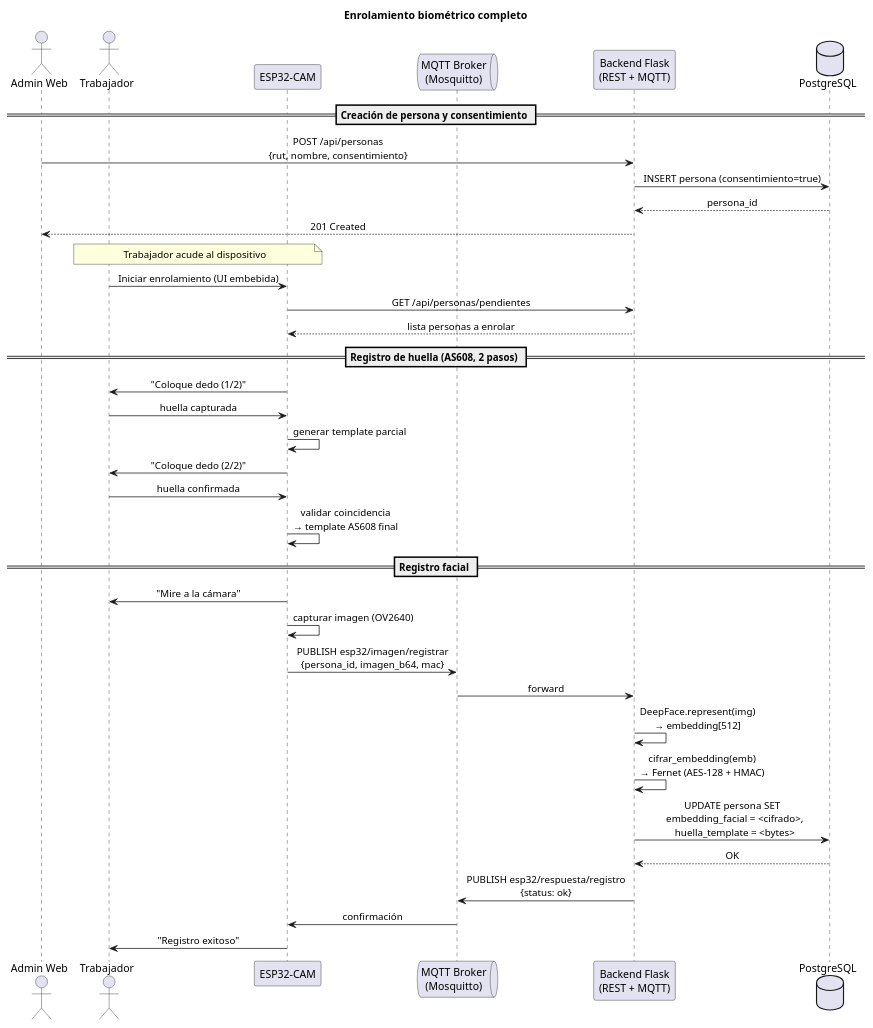
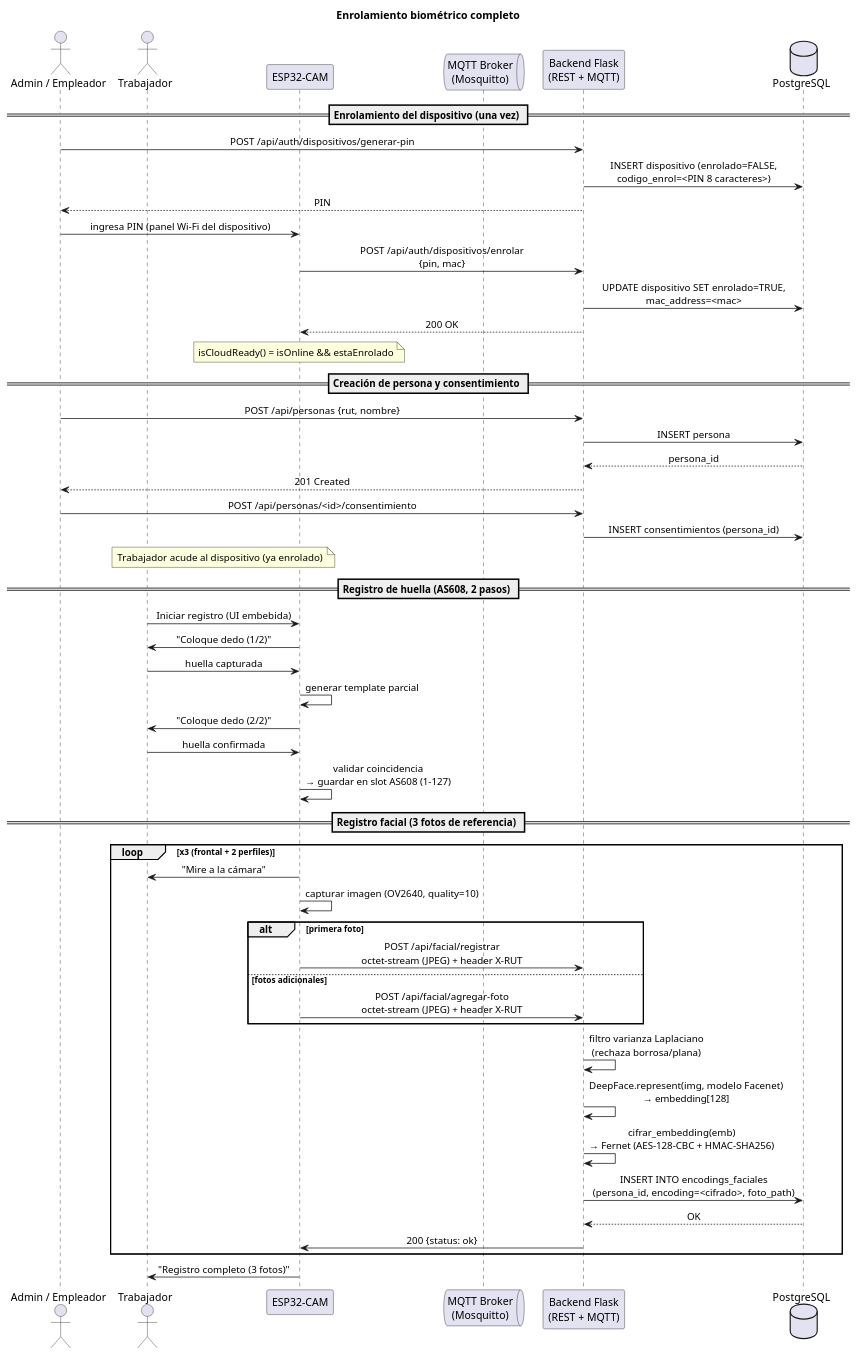
Before and after one commit to BorgTb/AsistenciaBackendFinal: the diagram in Informe/diagrams/01_flujo_enrolamiento_biometrico.puml, drawn with PlantUML. The commit also changed 218 other files, not shown here.

```diff
--- a/Informe/diagrams/01_flujo_enrolamiento_biometrico.puml
+++ b/Informe/diagrams/01_flujo_enrolamiento_biometrico.puml
@@ -1,49 +1,63 @@
 @startuml flujo_enrolamiento_biometrico
 title Enrolamiento biométrico completo
 
 skinparam sequenceMessageAlign center
 skinparam shadowing false
 skinparam ParticipantPadding 15
 skinparam BoxPadding 10
 
-actor "Admin Web" as Admin
+actor "Admin / Empleador" as Admin
 actor "Trabajador" as Worker
 participant "ESP32-CAM" as ESP32
 queue "MQTT Broker\n(Mosquitto)" as MQTT
 participant "Backend Flask\n(REST + MQTT)" as Backend
 database "PostgreSQL" as DB
 
+== Enrolamiento del dispositivo (una vez) ==
+Admin -> Backend : POST /api/auth/dispositivos/generar-pin
+Backend -> DB : INSERT dispositivo (enrolado=FALSE,\ncodigo_enrol=<PIN 8 caracteres>)
+Backend --> Admin : PIN
+Admin -> ESP32 : ingresa PIN (panel Wi-Fi del dispositivo)
+ESP32 -> Backend : POST /api/auth/dispositivos/enrolar\n{pin, mac}
+Backend -> DB : UPDATE dispositivo SET enrolado=TRUE,\nmac_address=<mac>
+Backend --> ESP32 : 200 OK
+note over ESP32 : isCloudReady() = isOnline && estaEnrolado
+
 == Creación de persona y consentimiento ==
-Admin -> Backend : POST /api/personas\n{rut, nombre, consentimiento}
-Backend -> DB : INSERT persona (consentimiento=true)
+Admin -> Backend : POST /api/personas {rut, nombre}
+Backend -> DB : INSERT persona
 DB --> Backend : persona_id
 Backend --> Admin : 201 Created
+Admin -> Backend : POST /api/personas/<id>/consentimiento
+Backend -> DB : INSERT consentimientos (persona_id)
 
-note over Worker, ESP32 : Trabajador acude al dispositivo
-
-Worker -> ESP32 : Iniciar enrolamiento (UI embebida)
-ESP32 -> Backend : GET /api/personas/pendientes
-Backend --> ESP32 : lista personas a enrolar
+note over Worker, ESP32 : Trabajador acude al dispositivo (ya enrolado)
 
 == Registro de huella (AS608, 2 pasos) ==
+Worker -> ESP32 : Iniciar registro (UI embebida)
 ESP32 -> Worker : "Coloque dedo (1/2)"
 Worker -> ESP32 : huella capturada
 ESP32 -> ESP32 : generar template parcial
 ESP32 -> Worker : "Coloque dedo (2/2)"
 Worker -> ESP32 : huella confirmada
-ESP32 -> ESP32 : validar coincidencia\n→ template AS608 final
+ESP32 -> ESP32 : validar coincidencia\n→ guardar en slot AS608 (1-127)
 
-== Registro facial ==
-ESP32 -> Worker : "Mire a la cámara"
-ESP32 -> ESP32 : capturar imagen (OV2640)
-ESP32 -> MQTT : PUBLISH esp32/imagen/registrar\n{persona_id, imagen_b64, mac}
-MQTT -> Backend : forward
-Backend -> Backend : DeepFace.represent(img)\n→ embedding[512]
-Backend -> Backend : cifrar_embedding(emb)\n→ Fernet (AES-128 + HMAC)
-Backend -> DB : UPDATE persona SET\n  embedding_facial = <cifrado>,\n  huella_template = <bytes>
-DB --> Backend : OK
-Backend -> MQTT : PUBLISH esp32/respuesta/registro\n{status: ok}
-MQTT -> ESP32 : confirmación
-ESP32 -> Worker : "Registro exitoso"
+== Registro facial (3 fotos de referencia) ==
+loop x3 (frontal + 2 perfiles)
+  ESP32 -> Worker : "Mire a la cámara"
+  ESP32 -> ESP32 : capturar imagen (OV2640, quality=10)
+  alt primera foto
+    ESP32 -> Backend : POST /api/facial/registrar\noctet-stream (JPEG) + header X-RUT
+  else fotos adicionales
+    ESP32 -> Backend : POST /api/facial/agregar-foto\noctet-stream (JPEG) + header X-RUT
+  end
+  Backend -> Backend : filtro varianza Laplaciano\n(rechaza borrosa/plana)
+  Backend -> Backend : DeepFace.represent(img, modelo Facenet)\n→ embedding[128]
+  Backend -> Backend : cifrar_embedding(emb)\n→ Fernet (AES-128-CBC + HMAC-SHA256)
+  Backend -> DB : INSERT INTO encodings_faciales\n(persona_id, encoding=<cifrado>, foto_path)
+  DB --> Backend : OK
+  Backend -> ESP32 : 200 {status: ok}
+end
+ESP32 -> Worker : "Registro completo (3 fotos)"
 
 @enduml
```
